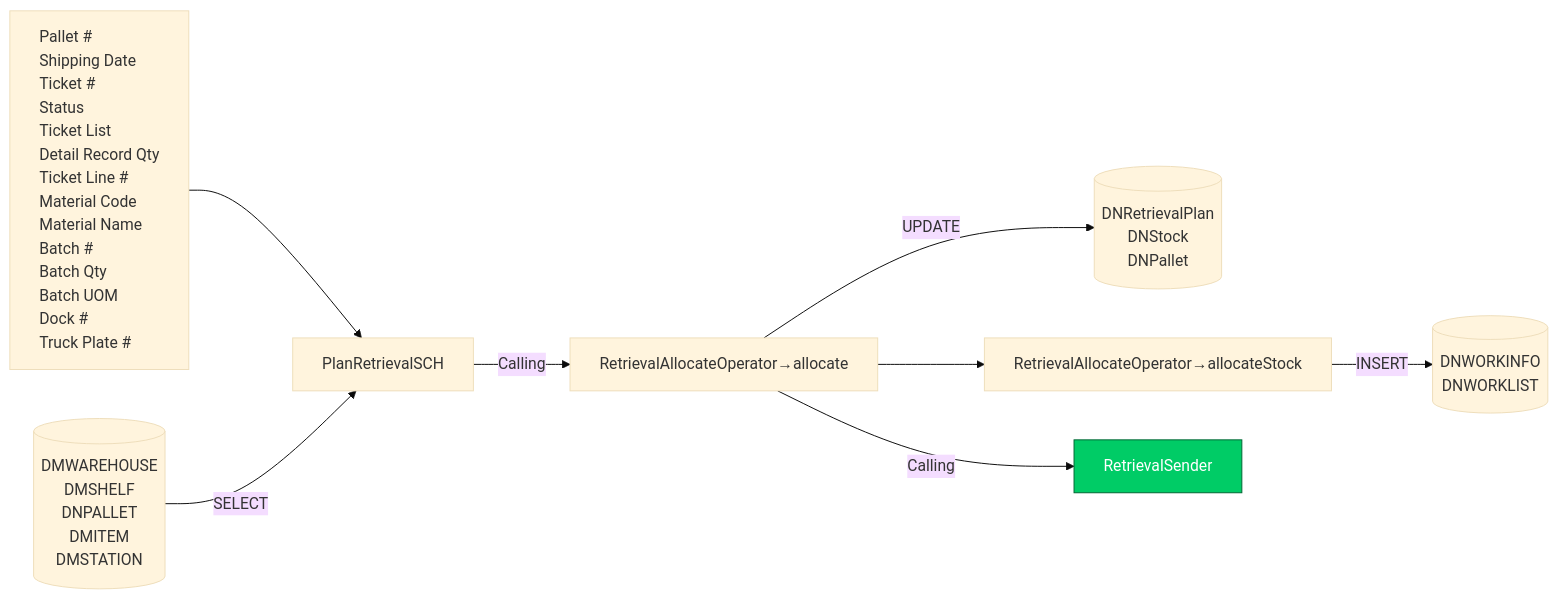
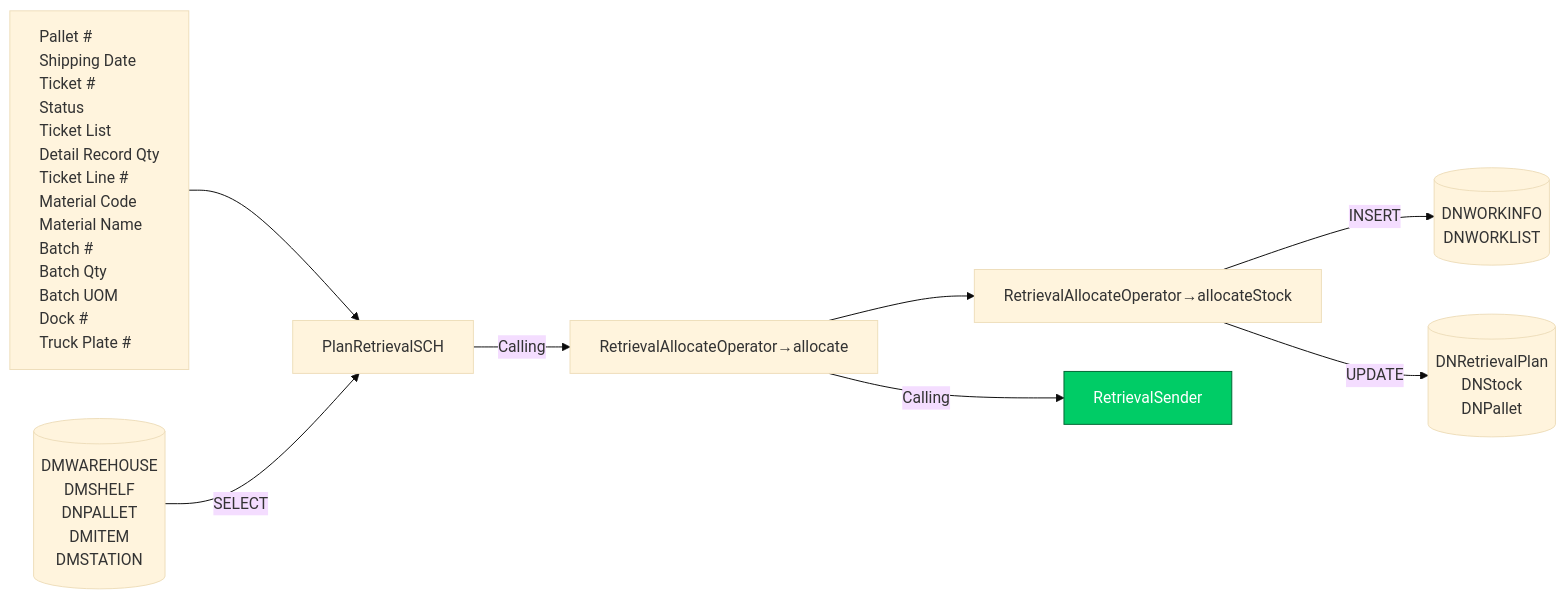
The third of 11 diagrams in Basic-Design/DFD-WMS/Retrieval/Planned-Retrieval-to-HP-Area.md (luthfiadityaa/SimeDarby-Wiki), drawn with Mermaid (base theme) before and after one commit.

Commit message:
Updated Planned Retrieval to HP Area

```diff
--- a/Basic-Design/DFD-WMS/Retrieval/Planned-Retrieval-to-HP-Area.md
+++ b/Basic-Design/DFD-WMS/Retrieval/Planned-Retrieval-to-HP-Area.md
@@ -116,52 +116,52 @@
 ::: mermaid
 flowchart LR
     input[
         Pallet #
         Shipping Date
         Ticket #
         Status
         Ticket List
         Detail Record Qty
         Ticket Line #
         Material Code
         Material Name
         Batch #
         Batch Qty
         Batch UOM
         Dock #
         Truck Plate #    
     ]
 
     tableList-insert[("
         DNWORKINFO
         DNWORKLIST
     ")]
 
     tableList-update[("
         DNRetrievalPlan
         DNStock
         DNPallet
     ")]
 
      tableList-select[("
         DMWAREHOUSE
         DMSHELF
         DNPALLET
         DMITEM
         DMSTATION
     ")]
 
     className[PlanRetrievalSCH]
     className--> |Calling| methodName[RetrievalAllocateOperator→allocate] 
     methodName-->methodName2[RetrievalAllocateOperator→allocateStock]--> |INSERT| tableList-insert
     input --> className
     tableList-select --> |SELECT| className
     methodName--> |Calling| P1[RetrievalSender]
-    methodName--> |UPDATE| tableList-update
+    methodName2--> |UPDATE| tableList-update
 
     click P1 "https://dev.azure.com/Daifuku-SW/ID_SimeDarbyPlantation/_wiki/wikis/ID_SimeDarbyPlantation.wiki/956/Stacked-Empty-Pallet?anchor=retrieval-sender" "Go to Retrieval Retrieval Sender"
     style P1 fill:#00cc66,stroke:#006633,color:#ffffff
 
     classDef leftAlign text-align:left;
     class input leftAlign;
 :::
```
